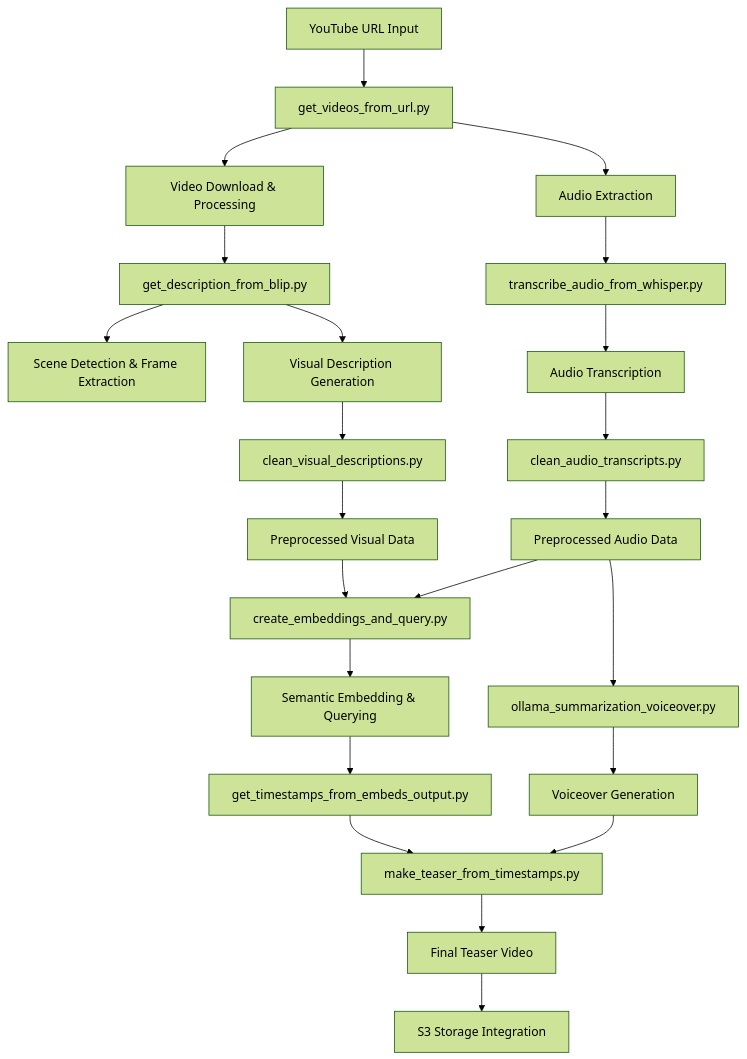
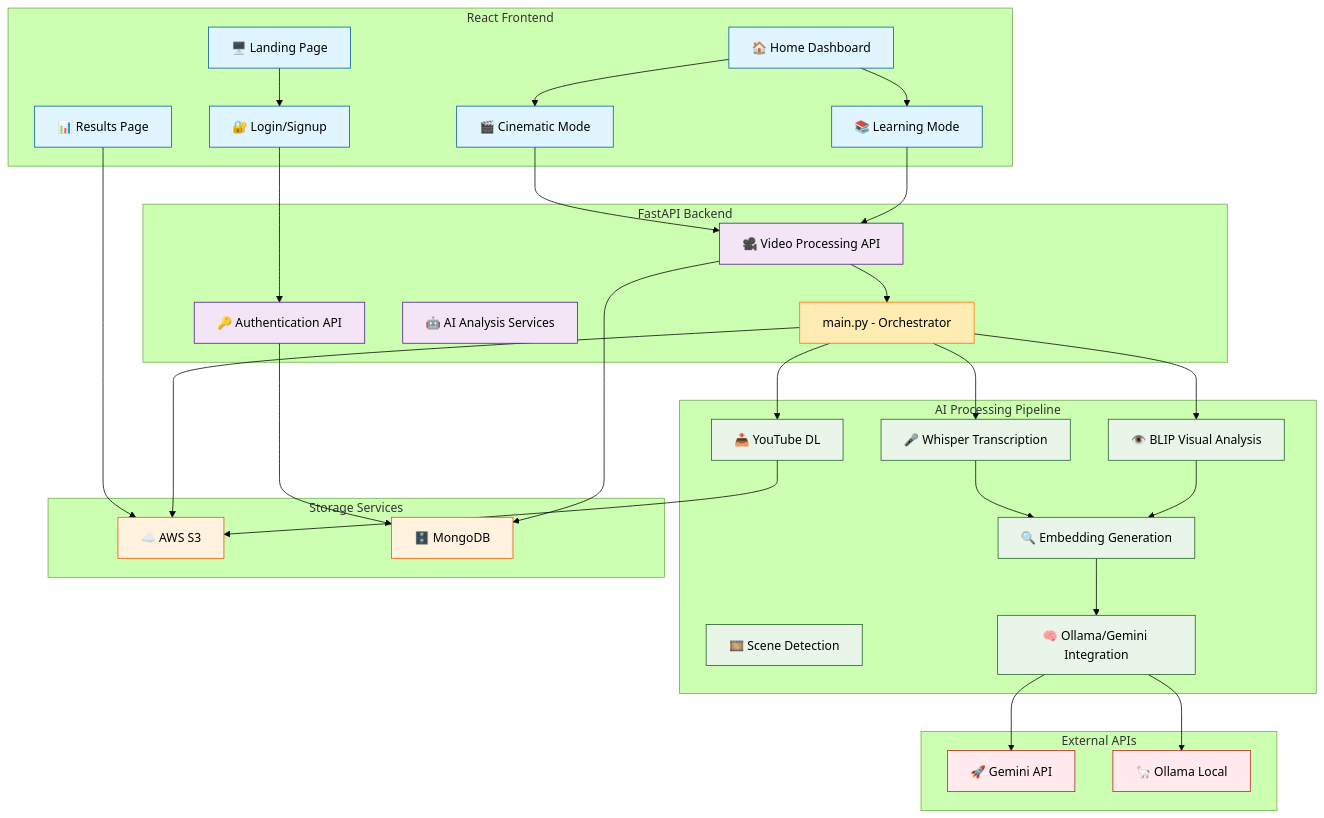
Before and after one commit to PraneshPK2005/teaser_generation: the first of 2 diagrams in README.md, drawn with Mermaid (forest theme). The commit also changed other lines of this file, not shown here.

````diff
--- a/README.md
+++ b/README.md
@@ -19,34 +8,79 @@
 ```mermaid
-graph TD
-    A[YouTube URL Input] --> B[get_videos_from_url.py]
-    B --> C[Video Download & Processing]
-    B --> D[Audio Extraction]
+graph TB
+    %% Frontend Layer
+    subgraph Frontend [React Frontend]
+        A[🖥️ Landing Page]
+        B[🔐 Login/Signup]
+        C[🏠 Home Dashboard]
+        D[🎬 Cinematic Mode]
+        E[📚 Learning Mode]
+        F[📊 Results Page]
+    end
+
+    %% Backend Layer
+    subgraph Backend [FastAPI Backend]
+        G[🔑 Authentication API]
+        H[🎥 Video Processing API]
+        I[🤖 AI Analysis Services]
+        Main[main.py - Orchestrator]
+    end
+
+    %% AI Processing Layer
+    subgraph AIProcessing [AI Processing Pipeline]
+        J[📥 YouTube DL]
+        K[🎤 Whisper Transcription]
+        L[👁️ BLIP Visual Analysis]
+        M[🎞️ Scene Detection]
+        N[🔍 Embedding Generation]
+        O[🧠 Ollama/Gemini Integration]
+    end
+
+    %% Storage Layer
+    subgraph Storage [Storage Services]
+        P[☁️ AWS S3]
+        Q[🗄️ MongoDB]
+    end
+
+    %% External Services
+    subgraph External [External APIs]
+        R[🚀 Gemini API]
+        S[🦙 Ollama Local]
+    end
+
+    %% Connections
+    A --> B
+    B --> G
+    C --> D
+    C --> E
+    D --> H
+    E --> H
+    H --> Main
+    Main --> J
+    Main --> K
+    Main --> L
+    J --> P
+    K --> N
+    L --> N
+    N --> O
+    O --> R
+    O --> S
+    G --> Q
+    H --> Q
+    F --> P
+    Main --> P
+
+    %% Styling
+    classDef frontend fill:#e1f5fe,stroke:#01579b;
+    classDef backend fill:#f3e5f5,stroke:#4a148c;
+    classDef ai fill:#e8f5e8,stroke:#1b5e20;
+    classDef storage fill:#fff3e0,stroke:#e65100;
+    classDef external fill:#ffebee,stroke:#b71c1c;
+    classDef orchestrator fill:#ffecb3,stroke:#ff6f00;
     
-    D --> E[transcribe_audio_from_whisper.py]
-    E --> F[Audio Transcription]
-    
-    C --> G[get_description_from_blip.py]
-    G --> H[Scene Detection & Frame Extraction]
-    G --> I[Visual Description Generation]
-    
-    F --> J[clean_audio_transcripts.py]
-    I --> K[clean_visual_descriptions.py]
-    
-    J --> L[Preprocessed Audio Data]
-    K --> M[Preprocessed Visual Data]
-    
-    L --> N[create_embeddings_and_query.py]
-    M --> N
-    
-    N --> O[Semantic Embedding & Querying]
-    O --> P[get_timestamps_from_embeds_output.py]
-    
-    L --> Q[ollama_summarization_voiceover.py]
-    Q --> R[Voiceover Generation]
-    
-    P --> S[make_teaser_from_timestamps.py]
-    R --> S
-    
-    S --> T[Final Teaser Video]
-    T --> U[S3 Storage Integration]
+    class A,B,C,D,E,F frontend;
+    class G,H,I backend;
+    class J,K,L,M,N,O ai;
+    class P,Q storage;
+    class R,S external;
+    class Main orchestrator;
 ```
````
